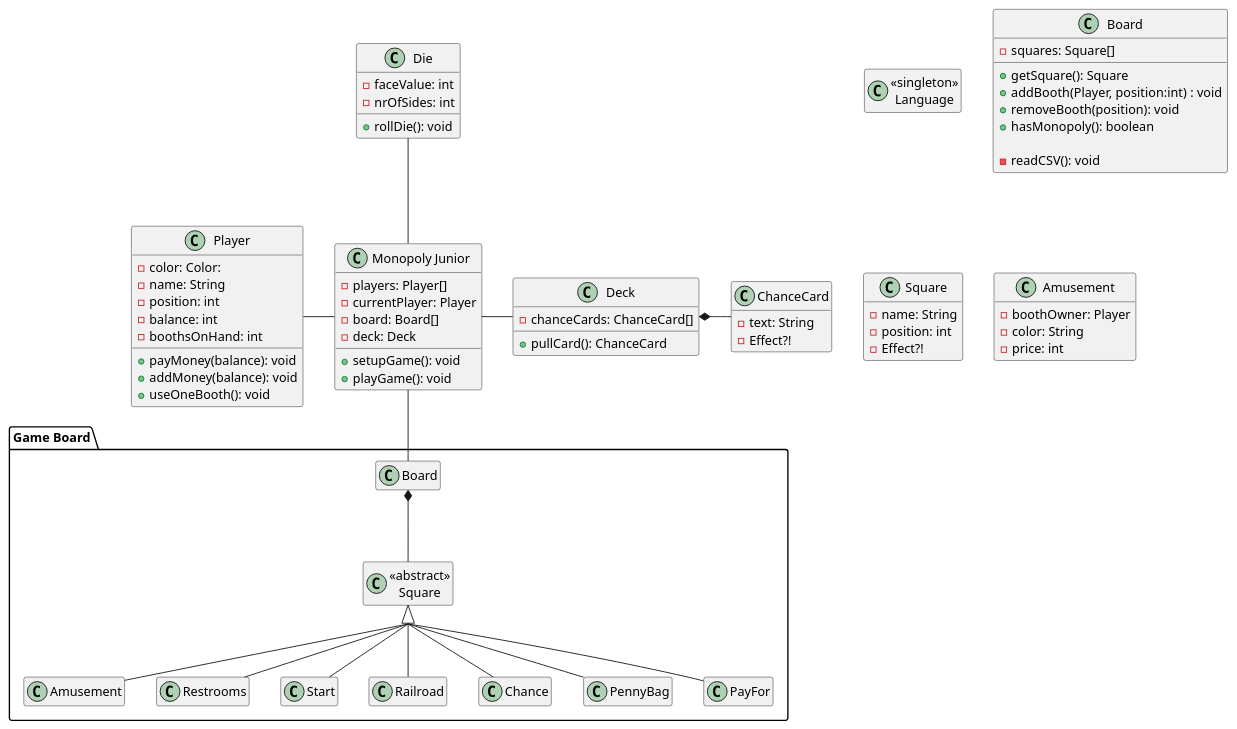
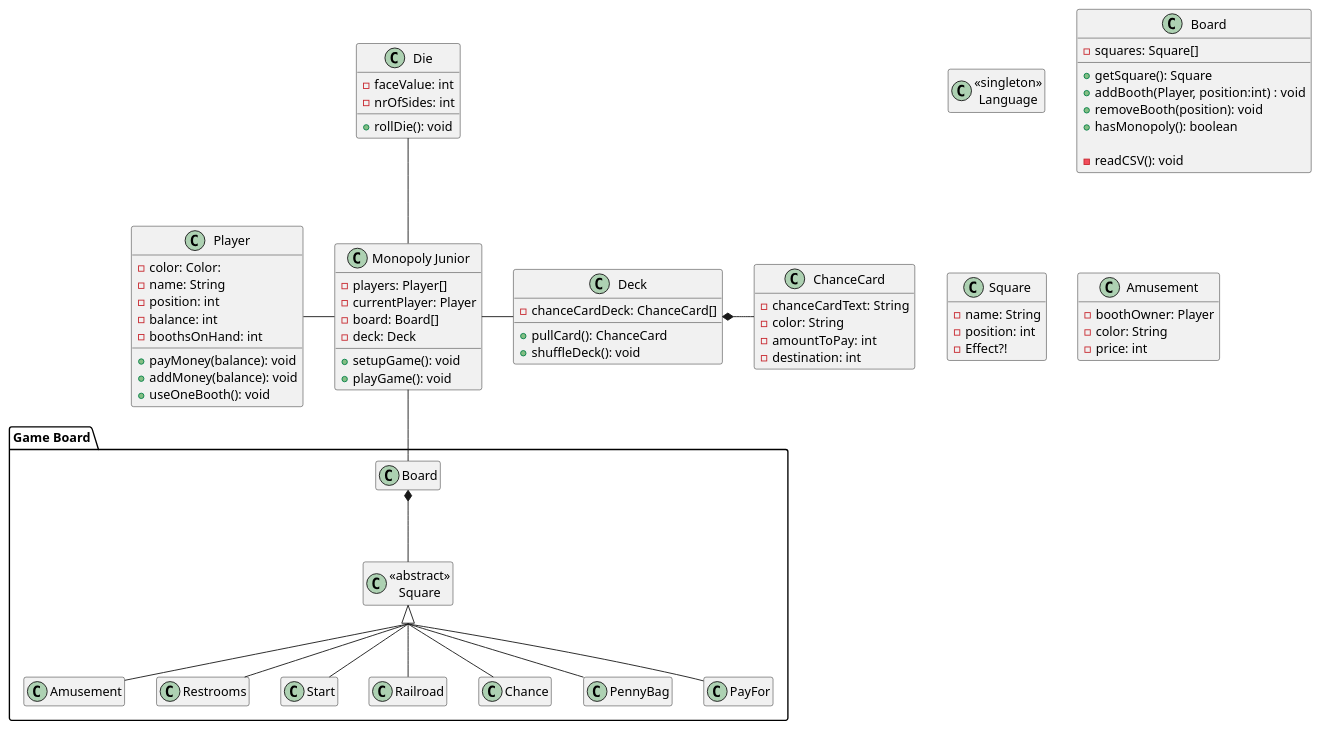
The diagram in diagrams/Designklasse.puml (Greve2001/CDIO3), drawn with PlantUML before and after one commit. The commit also changed 4 other files, not shown here.

Commit message:
shuffleCard method implemented and tested with unittests

```diff
--- a/diagrams/Designklasse.puml
+++ b/diagrams/Designklasse.puml
@@ -1,103 +1,107 @@
 @startuml
 
 hide empty members
 skinparam groupInheritance 2
 
 class "Monopoly Junior" as Game
 class Die
 
 package "Game Board" {
     class Board
 
     class "<<abstract>>\nSquare" as Square
         class Amusement
         class Restrooms
         class Start
         class Railroad
         class Chance
         class PennyBag
         class PayFor
 }
 
 class Deck
 class ChanceCard
 class Player
 class "<<singleton>>\nLanguage" as Language
 
 Game -up- Die
 Game -right- Deck
     Deck *-right- ChanceCard
 Game -left- Player
 Game -down- Board
     Board *-down- Square
     Square <|-- Restrooms
     Square <|-- Amusement
     Square <|-- Railroad
     Square <|-- PayFor
     Square <|-- PennyBag
     Square <|-- Start
     Square <|-- Chance
 
 class Game {
     -players: Player[]
     -currentPlayer: Player
     -board: Board[]
     -deck: Deck
 
     +setupGame(): void
     +playGame(): void
 }
 
 class Board {
     -squares: Square[]
 
     +getSquare(): Square
     +addBooth(Player, position:int) : void
     +removeBooth(position): void
     +hasMonopoly(): boolean
 
     -readCSV(): void
 }
 
 class Square {
     -name: String
     -position: int
     -Effect?!
 }
 
 class Die {
     -faceValue: int
     -nrOfSides: int
 
     +rollDie(): void
 }
 
 class Player {
     -color: Color:
     -name: String
     -position: int
     -balance: int
     -boothsOnHand: int
 
     +payMoney(balance): void
     +addMoney(balance): void
     +useOneBooth(): void
 }
 
 class Deck {
-    -chanceCards: ChanceCard[]
+    -chanceCardDeck: ChanceCard[]
 
     +pullCard(): ChanceCard
+    +shuffleDeck(): void
 }
 class ChanceCard {
-    -text: String
-    -Effect?!
+    -chanceCardText: String
+    -color: String
+    -amountToPay: int
+    -destination: int
+
 }
 class Amusement {
     -boothOwner: Player
     -color: String
     -price: int
 
 }
 
 @enduml
```
